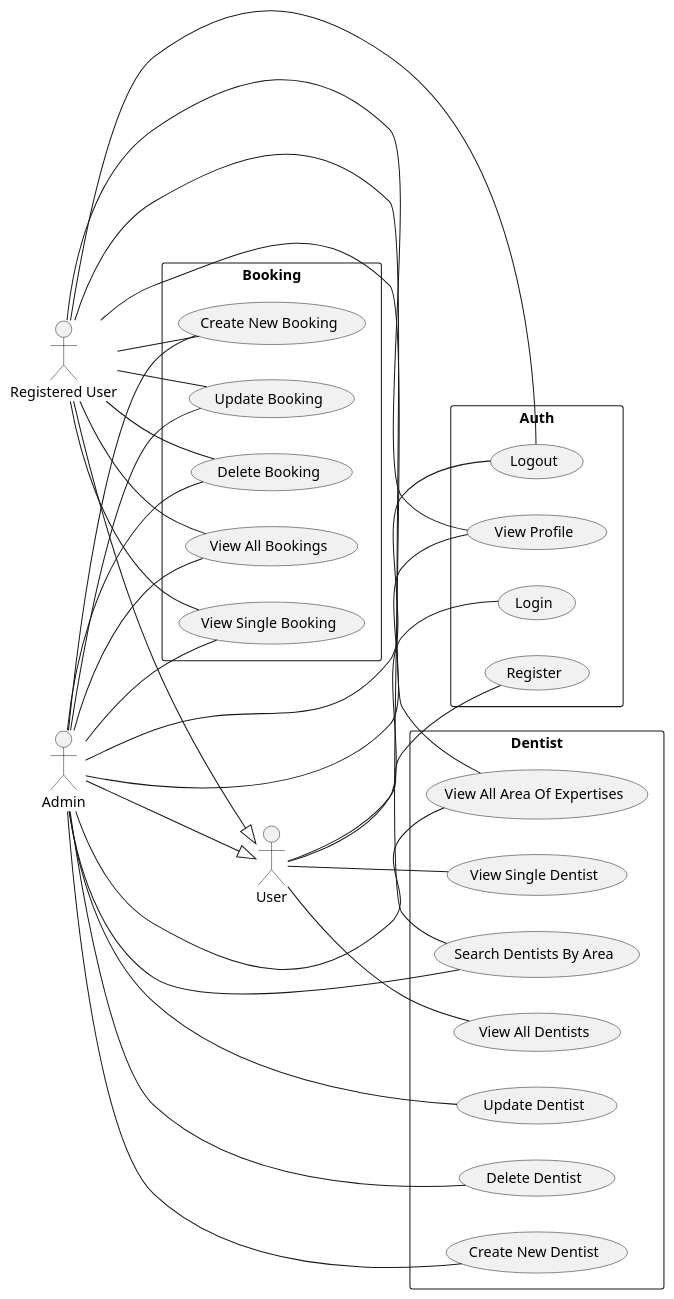
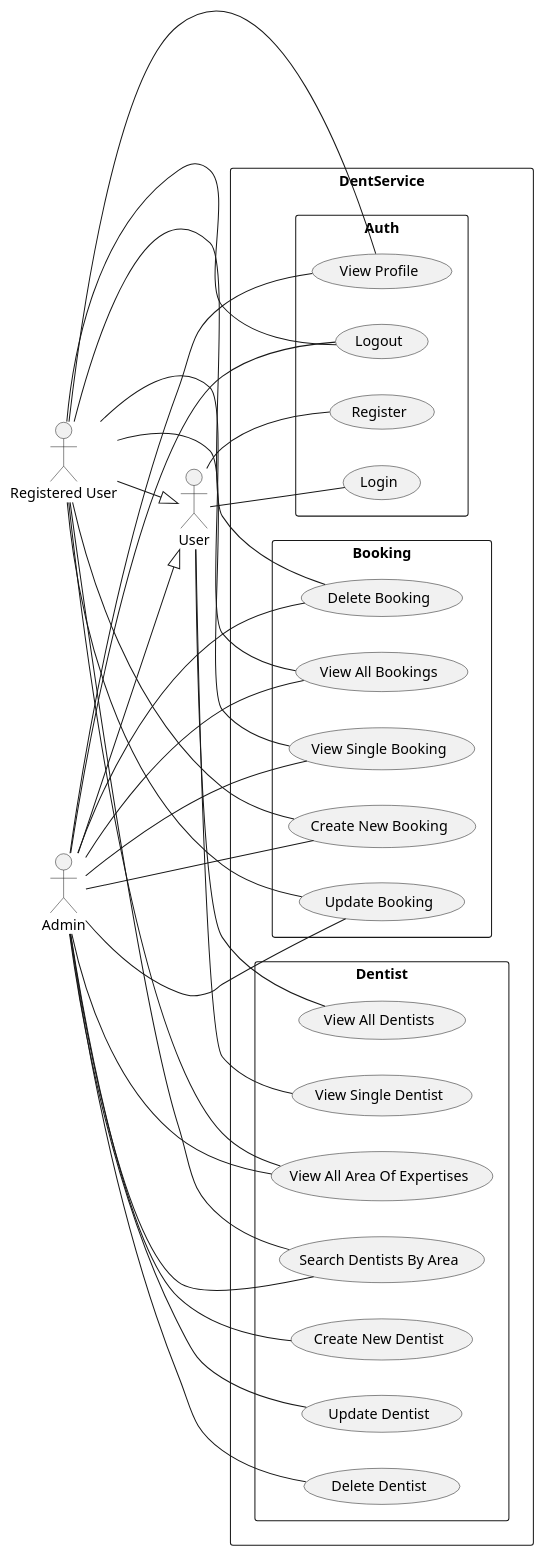
The diagram in Diagram/Dentist_usecase.puml (JirayutP/Dentist), drawn with PlantUML before and after one commit. The commit also changed 4 other files, not shown here.

```diff
--- a/Diagram/Dentist_usecase.puml
+++ b/Diagram/Dentist_usecase.puml
@@ -1,69 +1,70 @@
 @startuml UseCaseDiagram
 
 left to right direction
 
 actor User as "User"
 actor RegisteredUser as "Registered User"
 actor Admin as "Admin"
 
-rectangle "Auth" {
-    usecase "Register" as UC_Register
-    usecase "Login" as UC_Login
-    usecase "View Profile" as UC_ViewProfile
-    usecase "Logout" as UC_Logout
+rectangle "DentService" {
+    rectangle "Auth" {
+        usecase "Register" as UC_Register
+        usecase "Login" as UC_Login
+        usecase "View Profile" as UC_ViewProfile
+        usecase "Logout" as UC_Logout
+    }
+
+    rectangle "Booking" {
+        usecase "View All Bookings" as UC_ViewBookings
+        usecase "View Single Booking" as UC_ViewBooking
+        usecase "Create New Booking" as UC_CreateBooking
+        usecase "Update Booking" as UC_UpdateBooking
+        usecase "Delete Booking" as UC_DeleteBookind
+    }
+
+    rectangle "Dentist" {
+        usecase "View All Dentists" as UC_ViewDentists
+        usecase "View Single Dentist" as UC_ViewDentist
+        usecase "Create New Dentist" as UC_CreateDentist
+        usecase "Update Dentist" as UC_UpdateDentist
+        usecase "Delete Dentist" as UC_DeleteDentist
+        usecase "View All Area Of Expertises" as UC_ViewArea
+        usecase "Search Dentists By Area" as UC_SearchByArea
+    }
 }
-
-rectangle "Booking" {
-    usecase "View All Bookings" as UC_ViewBookings
-    usecase "View Single Booking" as UC_ViewBooking
-    usecase "Create New Booking" as UC_CreateBooking
-    usecase "Update Booking" as UC_UpdateBooking
-    usecase "Delete Booking" as UC_DeleteBookind
-}
-
-rectangle "Dentist" {
-    usecase "View All Dentists" as UC_ViewDentists
-    usecase "View Single Dentist" as UC_ViewDentist
-    usecase "Create New Dentist" as UC_CreateDentist
-    usecase "Update Dentist" as UC_UpdateDentist
-    usecase "Delete Dentist" as UC_DeleteDentist
-    usecase "View All Area Of Expertises" as UC_ViewArea
-    usecase "Search Dentists By Area" as UC_SearchByArea
-}
-
 RegisteredUser --^ User
 Admin --^ User
 ' or --|>
 
 ' auth
 User -- UC_Register
 User -- UC_Login
 RegisteredUser -- UC_ViewProfile
 RegisteredUser -- UC_Logout
 Admin -- UC_ViewProfile
 Admin -- UC_Logout
 
 ' booking
 RegisteredUser -- UC_DeleteBookind
 RegisteredUser -- UC_UpdateBooking
 RegisteredUser -- UC_CreateBooking
 RegisteredUser -- UC_ViewBooking
 RegisteredUser -- UC_ViewBookings
 Admin -- UC_DeleteBookind
 Admin -- UC_UpdateBooking
 Admin -- UC_CreateBooking
 Admin -- UC_ViewBooking
 Admin -- UC_ViewBookings
 
 ' detist
 User -- UC_ViewDentists
 User -- UC_ViewDentist
 Admin -- UC_CreateDentist
 Admin -- UC_UpdateDentist
 Admin -- UC_DeleteDentist
 RegisteredUser -- UC_ViewArea
 RegisteredUser -- UC_SearchByArea
 Admin -- UC_ViewArea
 Admin -- UC_SearchByArea
 
 @enduml
```
